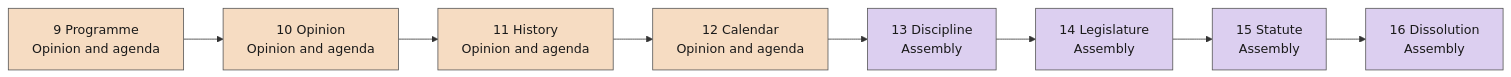
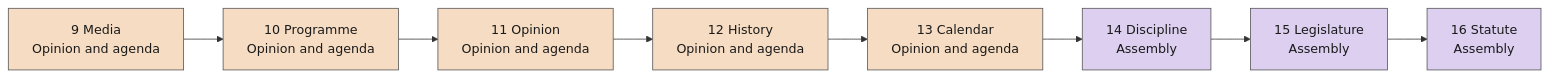
The second of 5 diagrams in docs/tick-order.md (powerbassist/World-simulator), drawn with Mermaid before and after one commit. The commit also changed other lines of this file and 26 other files, not shown here.

````diff
--- a/docs/tick-order.md
+++ b/docs/tick-order.md
@@ -42,18 +42,18 @@
 ```mermaid
 flowchart LR
-  s9["9 Programme<br/>Opinion and agenda"]:::g1
-  s10["10 Opinion<br/>Opinion and agenda"]:::g1
-  s11["11 History<br/>Opinion and agenda"]:::g1
-  s12["12 Calendar<br/>Opinion and agenda"]:::g1
-  s13["13 Discipline<br/>Assembly"]:::g2
-  s14["14 Legislature<br/>Assembly"]:::g2
-  s15["15 Statute<br/>Assembly"]:::g2
-  s16["16 Dissolution<br/>Assembly"]:::g2
+  s9["9 Media<br/>Opinion and agenda"]:::g1
+  s10["10 Programme<br/>Opinion and agenda"]:::g1
+  s11["11 Opinion<br/>Opinion and agenda"]:::g1
+  s12["12 History<br/>Opinion and agenda"]:::g1
+  s13["13 Calendar<br/>Opinion and agenda"]:::g1
+  s14["14 Discipline<br/>Assembly"]:::g2
+  s15["15 Legislature<br/>Assembly"]:::g2
+  s16["16 Statute<br/>Assembly"]:::g2
   s9 --> s10 --> s11 --> s12 --> s13 --> s14 --> s15 --> s16
   classDef g0 fill:#cfe3f7,stroke:#555,color:#1a1a1a
   classDef g1 fill:#f6dcc2,stroke:#555,color:#1a1a1a
   classDef g2 fill:#dccff0,stroke:#555,color:#1a1a1a
   classDef g3 fill:#cdebd3,stroke:#555,color:#1a1a1a
   classDef g4 fill:#f3e7b5,stroke:#555,color:#1a1a1a
   classDef g5 fill:#f2cfd3,stroke:#555,color:#1a1a1a
 ```
````
